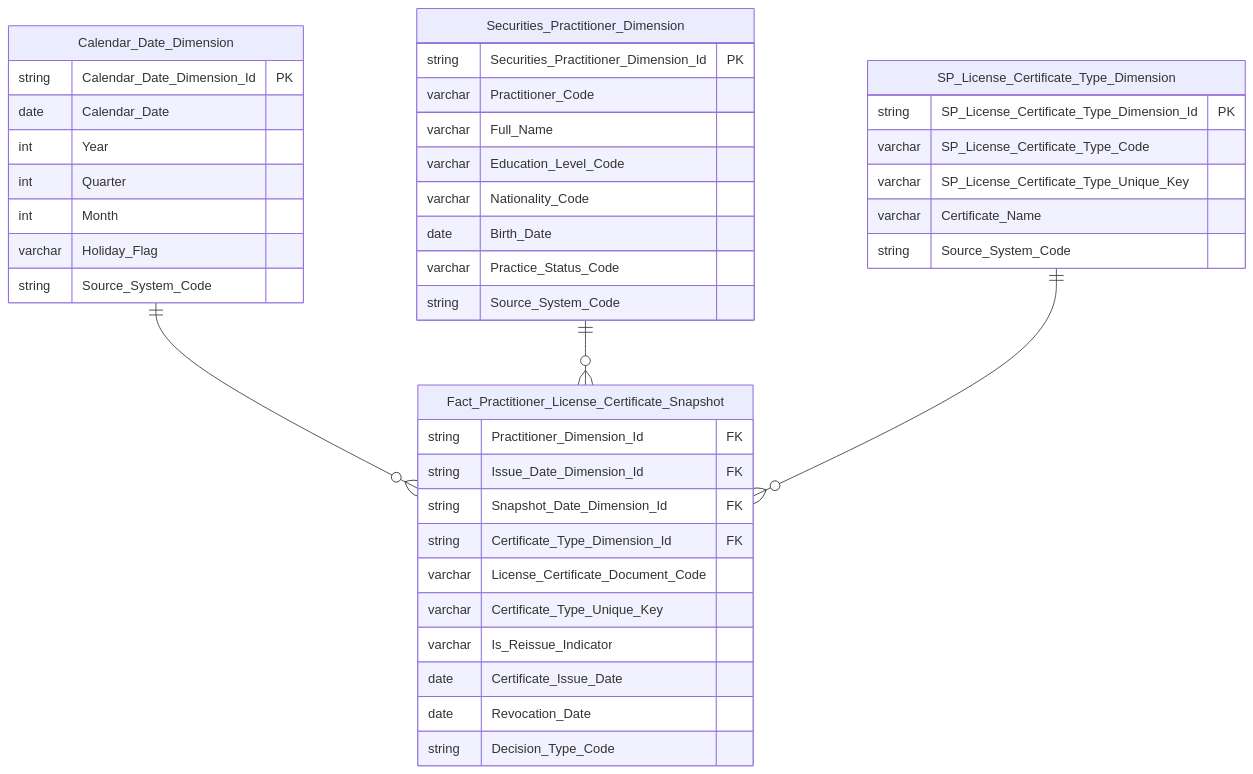
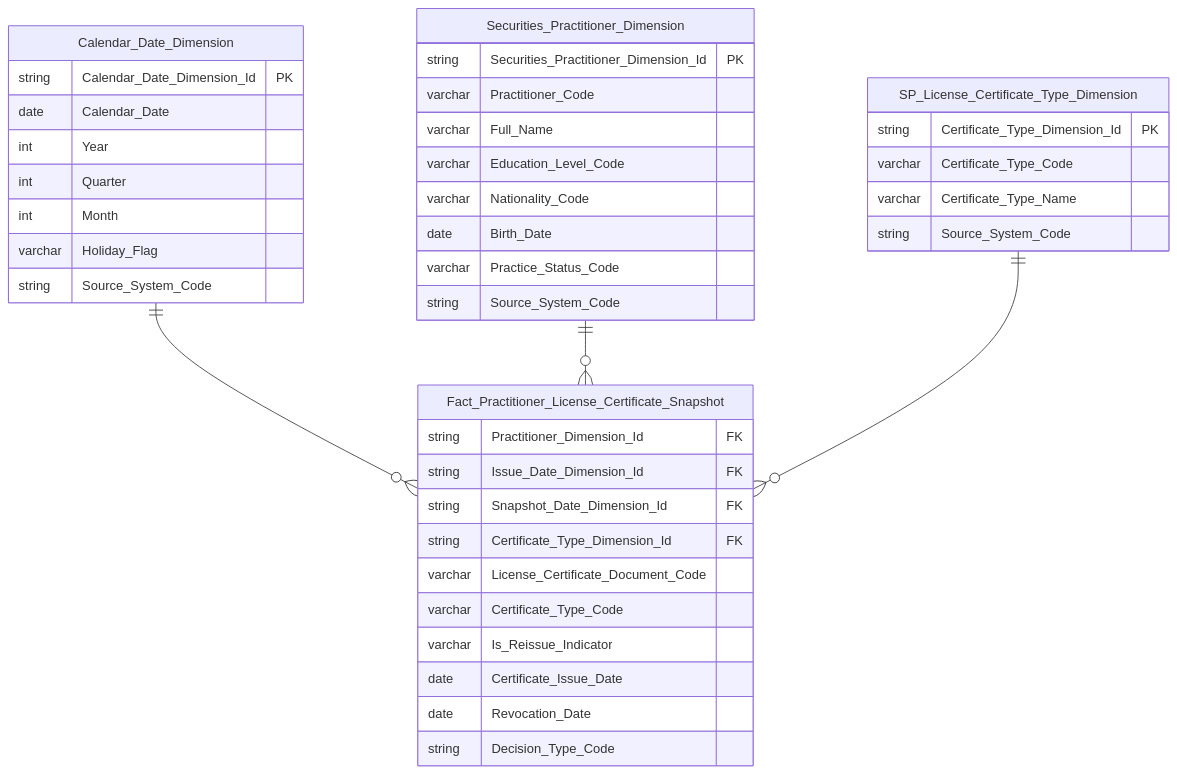
Before and after one commit to linhlvit/ubck_atomic_design: diagram 12 of 40 in Datamart/hld/DTM_NHNCK_HLD.md, drawn with Mermaid. The commit also changed other lines of this file and 19 other files, not shown here.

````diff
--- a/Datamart/hld/DTM_NHNCK_HLD.md
+++ b/Datamart/hld/DTM_NHNCK_HLD.md
@@ -423,48 +423,47 @@
 ```mermaid
 erDiagram
     Calendar_Date_Dimension ||--o{ Fact_Practitioner_License_Certificate_Snapshot : " "
     Securities_Practitioner_Dimension ||--o{ Fact_Practitioner_License_Certificate_Snapshot : " "
     SP_License_Certificate_Type_Dimension ||--o{ Fact_Practitioner_License_Certificate_Snapshot : " "
 
     Fact_Practitioner_License_Certificate_Snapshot {
         string Practitioner_Dimension_Id FK
         string Issue_Date_Dimension_Id FK
         string Snapshot_Date_Dimension_Id FK
         string Certificate_Type_Dimension_Id FK
         varchar License_Certificate_Document_Code
-        varchar Certificate_Type_Unique_Key
+        varchar Certificate_Type_Code
         varchar Is_Reissue_Indicator
         date Certificate_Issue_Date
         date Revocation_Date
         string Decision_Type_Code
     }
 
     Calendar_Date_Dimension {
         string Calendar_Date_Dimension_Id PK
         date Calendar_Date
         int Year
         int Quarter
         int Month
         varchar Holiday_Flag
         string Source_System_Code
     }
 
     Securities_Practitioner_Dimension {
         string Securities_Practitioner_Dimension_Id PK
         varchar Practitioner_Code
         varchar Full_Name
         varchar Education_Level_Code
         varchar Nationality_Code
         date Birth_Date
         varchar Practice_Status_Code
         string Source_System_Code
     }
 
     SP_License_Certificate_Type_Dimension {
-        string SP_License_Certificate_Type_Dimension_Id PK
-        varchar SP_License_Certificate_Type_Code
-        varchar SP_License_Certificate_Type_Unique_Key
-        varchar Certificate_Name
+        string Certificate_Type_Dimension_Id PK
+        varchar Certificate_Type_Code
+        varchar Certificate_Type_Name
         string Source_System_Code
     }
 ```
````
